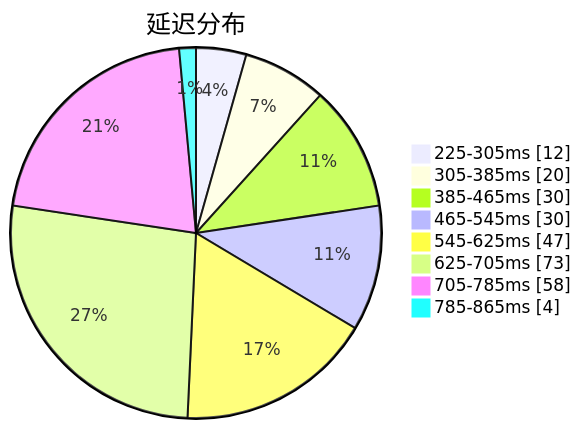
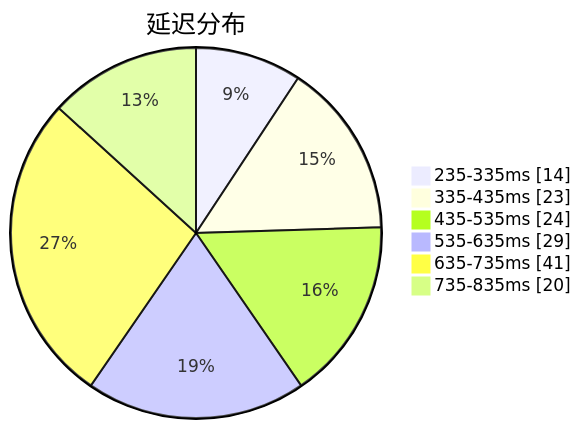
The first of 3 diagrams in subs/statistics/tested_within.md (qjlxg/airport), drawn with Mermaid before and after one commit. The commit also changed other lines of this file and 2 other files, not shown here.

````diff
--- a/subs/statistics/tested_within.md
+++ b/subs/statistics/tested_within.md
@@ -2,12 +2,10 @@
 ```mermaid
 pie showData
 title 延迟分布
-"225-305ms" : 12
-"305-385ms" : 20
-"385-465ms" : 30
-"465-545ms" : 30
-"545-625ms" : 47
-"625-705ms" : 73
-"705-785ms" : 58
-"785-865ms" : 4
+"235-335ms" : 14
+"335-435ms" : 23
+"435-535ms" : 24
+"535-635ms" : 29
+"635-735ms" : 41
+"735-835ms" : 20
 ```
````
